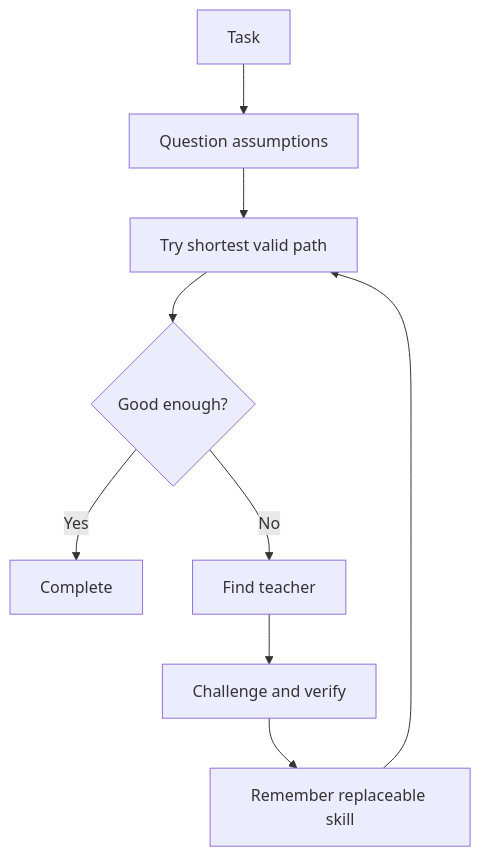
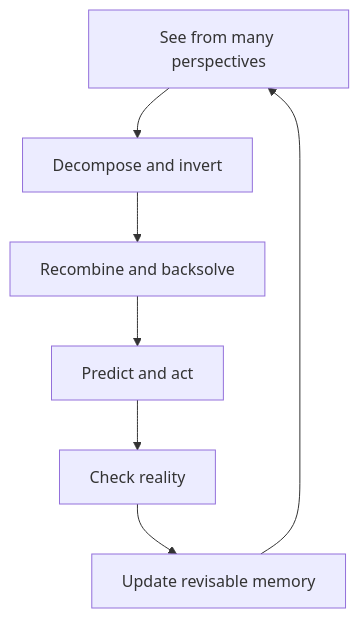
Before and after one commit to chenjiatong1989-pixel/AI-Apprentice: the diagram in README.md, drawn with Mermaid. The commit also changed other lines of this file and 7 other files, not shown here.

````diff
--- a/README.md
+++ b/README.md
@@ -35,11 +9,9 @@
 ```mermaid
 flowchart TD
-    A[Task] --> B[Question assumptions]
-    B --> C[Try shortest valid path]
-    C --> D{Good enough?}
-    D -- Yes --> E[Complete]
-    D -- No --> F[Find teacher]
-    F --> G[Challenge and verify]
-    G --> H[Remember replaceable skill]
-    H --> C
+    A[See from many perspectives] --> B[Decompose and invert]
+    B --> C[Recombine and backsolve]
+    C --> D[Predict and act]
+    D --> E[Check reality]
+    E --> F[Update revisable memory]
+    F --> A
 ```
````
